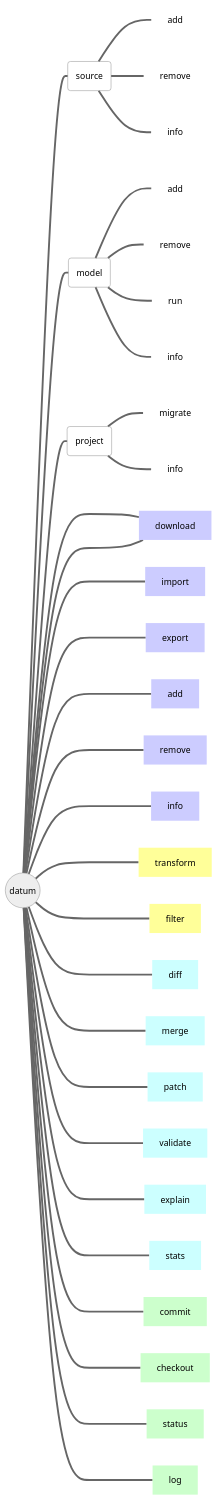
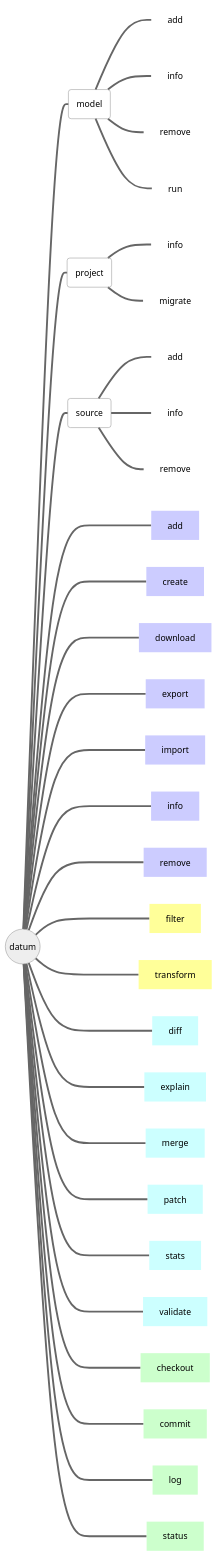
Before and after one commit to openvinotoolkit/datumaro: the diagram in site/content/en/docs/user-manual/command-reference/_index.md, drawn with Mermaid.

Commit message:
Reformat the diagram of datum subcommands
* Use meaningful identifiers for nodes so that we don't need to renumber them
  when adding new commands in the middle. (This also fixes duplicate IDs for
  the `create` and `download` commands, which I accidentally caused in
  a28b32db6).

* Order commands within a group and contexts alphabetically, to make the
  diagram easier to navigate.

The reason there's an underscore in front of each node ID corresponding to a
command not in a context is that Mermaid refuses to render a graph if a node
has "filter" as the ID. Don't know what's up with that.

````diff
--- a/site/content/en/docs/user-manual/command-reference/_index.md
+++ b/site/content/en/docs/user-manual/command-reference/_index.md
@@ -10,47 +10,47 @@
 ```mermaid
 %%{init { 'theme':'neutral' }}%%
 flowchart LR
   d(("#0009; datum #0009;")):::mainclass
-  s(source):::nofillclass
   m(model):::nofillclass
   p(project):::nofillclass
+  s(source):::nofillclass
 
+  d===m
+    m===m_add[add]:::hideclass
+    m===m_info[info]:::hideclass
+    m===m_remove[remove]:::hideclass
+    m===m_run[run]:::hideclass
+  d===p
+    p===p_info[info]:::hideclass
+    p===p_migrate[migrate]:::hideclass
   d===s
-    s===id1[add]:::hideclass
-    s===id2[remove]:::hideclass
-    s===id3[info]:::hideclass
-  d===m
-    m===id4[add]:::hideclass
-    m===id5[remove]:::hideclass
-    m===id6[run]:::hideclass
-    m===id7[info]:::hideclass
-  d===p
-    p===migrate:::hideclass
-    p===info:::hideclass
-  d====str1[create]:::filloneclass
-  d====str1[download]:::filloneclass
-  d====str2[import]:::filloneclass
-  d====str3[export]:::filloneclass
-  d====str4[add]:::filloneclass
-  d====str5[remove]:::filloneclass
-  d====str6[info]:::filloneclass
-  d====str7[transform]:::filltwoclass
-  d====str8[filter]:::filltwoclass
-  d====str9[diff]:::fillthreeclass
-  d====str10[merge]:::fillthreeclass
-  d====str11[patch]:::fillthreeclass
-  d====str12[validate]:::fillthreeclass
-  d====str13[explain]:::fillthreeclass
-  d====str14[stats]:::fillthreeclass
-  d====str15[commit]:::fillfourclass
-  d====str16[checkout]:::fillfourclass
-  d====str17[status]:::fillfourclass
-  d====str18[log]:::fillfourclass
+    s===s_add[add]:::hideclass
+    s===s_info[info]:::hideclass
+    s===s_remove[remove]:::hideclass
+  d====_add[add]:::filloneclass
+  d====_create[create]:::filloneclass
+  d====_download[download]:::filloneclass
+  d====_export[export]:::filloneclass
+  d====_import[import]:::filloneclass
+  d====_info[info]:::filloneclass
+  d====_remove[remove]:::filloneclass
+  d====_filter[filter]:::filltwoclass
+  d====_transform[transform]:::filltwoclass
+  d====_diff[diff]:::fillthreeclass
+  d====_explain[explain]:::fillthreeclass
+  d====_merge[merge]:::fillthreeclass
+  d====_patch[patch]:::fillthreeclass
+  d====_stats[stats]:::fillthreeclass
+  d====_validate[validate]:::fillthreeclass
+  d====_checkout[checkout]:::fillfourclass
+  d====_commit[commit]:::fillfourclass
+  d====_log[log]:::fillfourclass
+  d====_status[status]:::fillfourclass
 
   classDef nofillclass fill-opacity:0;
   classDef hideclass fill-opacity:0,stroke-opacity:0;
   classDef filloneclass fill:#CCCCFF,stroke-opacity:0;
   classDef filltwoclass fill:#FFFF99,stroke-opacity:0;
   classDef fillthreeclass fill:#CCFFFF,stroke-opacity:0;
   classDef fillfourclass fill:#CCFFCC,stroke-opacity:0;
 ```
````
